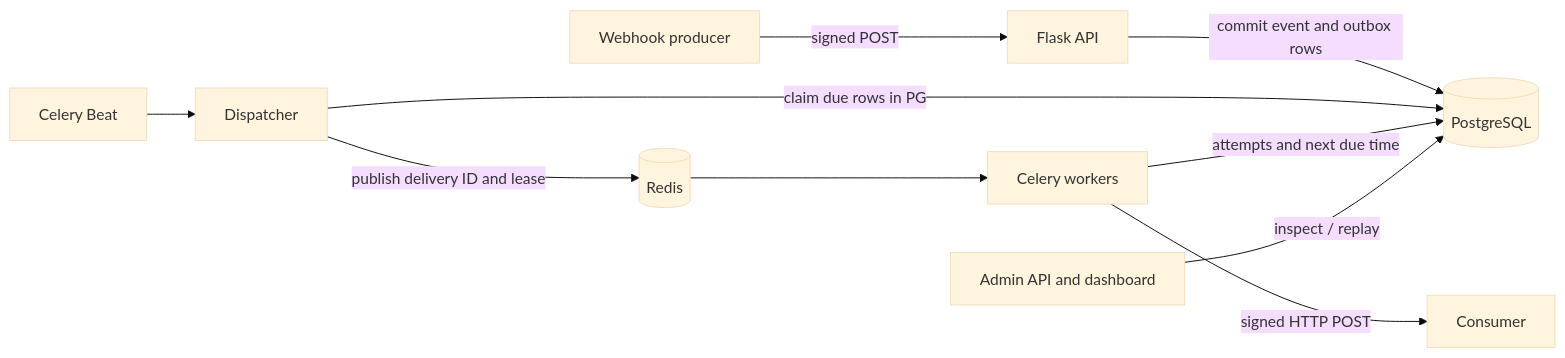
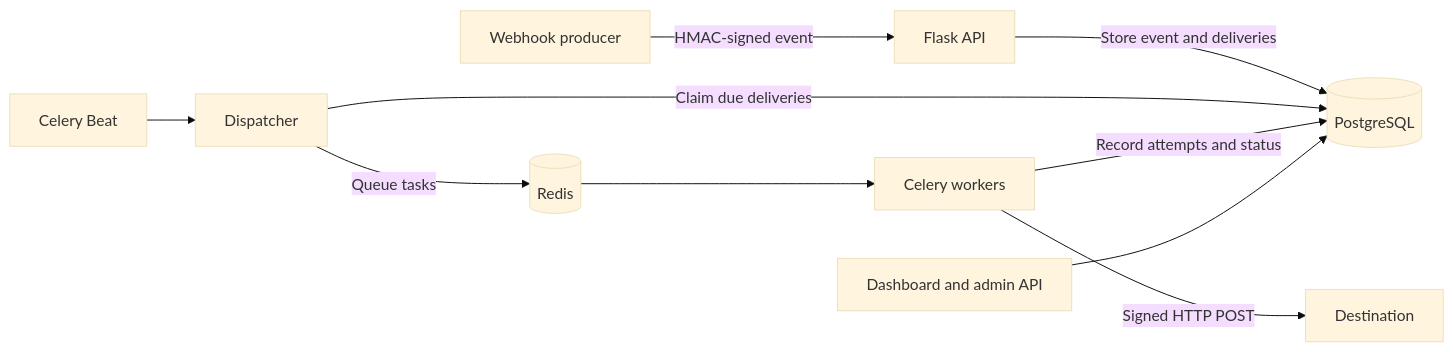
The diagram in README.md (carinotj19/HookRelay), drawn with Mermaid (base theme) before and after one commit. The commit also changed other lines of this file, not shown here.

````diff
--- a/README.md
+++ b/README.md
@@ -9,12 +120,12 @@
 ```mermaid
 flowchart LR
-  P[Webhook producer] -->|signed POST| F[Flask API]
-  F -->|commit event and outbox rows| PG[(PostgreSQL)]
-  BEAT[Celery Beat] --> DISP[Dispatcher]
-  DISP -->|claim due rows in PG| PG
-  DISP -->|publish delivery ID and lease| R[(Redis)]
-  R --> W[Celery workers]
-  W -->|signed HTTP POST| C[Consumer]
-  W -->|attempts and next due time| PG
-  A[Admin API and dashboard] -->|inspect / replay| PG
+    A[Webhook producer] -->|HMAC-signed event| B[Flask API]
+    B -->|Store event and deliveries| C[(PostgreSQL)]
+    D[Celery Beat] --> E[Dispatcher]
+    E -->|Claim due deliveries| C
+    E -->|Queue tasks| F[(Redis)]
+    F --> G[Celery workers]
+    G -->|Signed HTTP POST| H[Destination]
+    G -->|Record attempts and status| C
+    I[Dashboard and admin API] --> C
 ```
````
